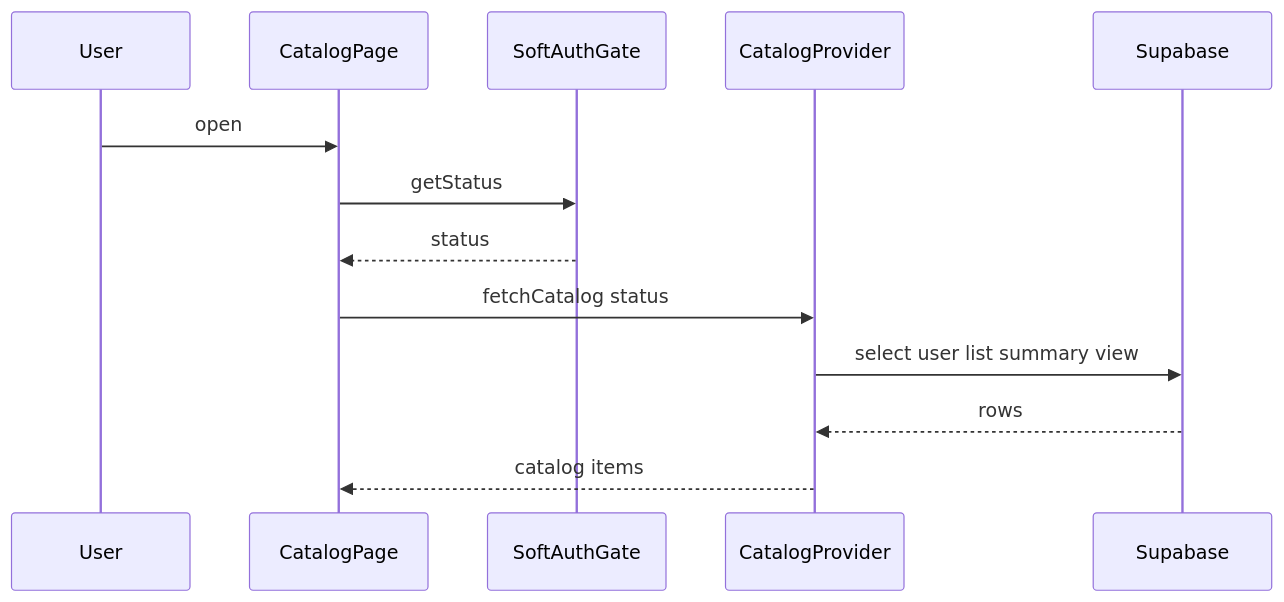
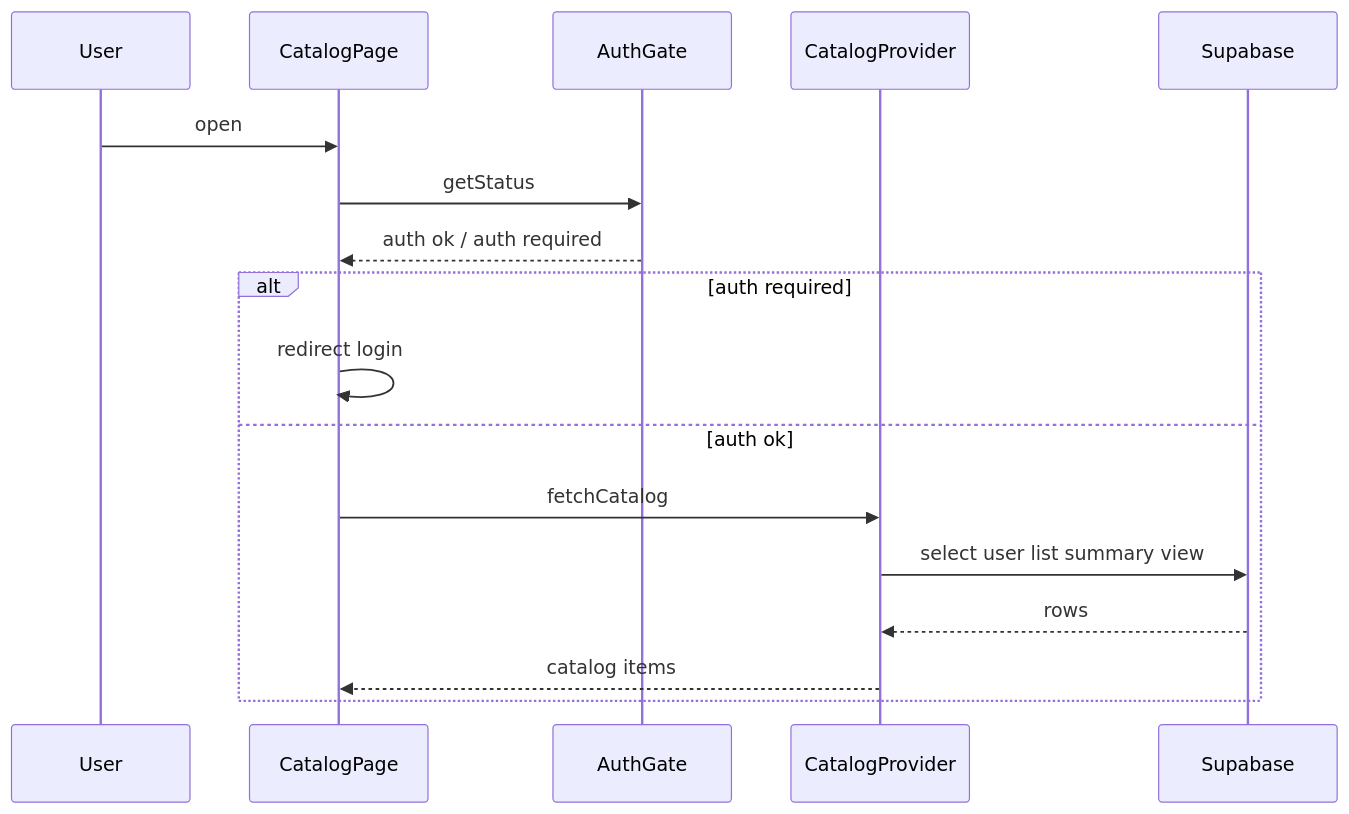
One commit to arinko39140/mangadouga changed the second of 4 diagrams in .kiro/specs/oshi-list-favorites-registered-only/design.md. Above: the diagram before and after it, drawn with Mermaid. The commit also changed other lines of this file and 1 other file, not shown here.

Commit message:
Require login for oshi list catalog

````diff
--- a/.kiro/specs/oshi-list-favorites-registered-only/design.md
+++ b/.kiro/specs/oshi-list-favorites-registered-only/design.md
@@ -108,15 +108,19 @@
 ```mermaid
 sequenceDiagram
   participant User
   participant CatalogPage
-  participant SoftAuthGate
+  participant AuthGate
   participant CatalogProvider
   participant Supabase
   User ->> CatalogPage: open
-  CatalogPage ->> SoftAuthGate: getStatus
-  SoftAuthGate -->> CatalogPage: status
-  CatalogPage ->> CatalogProvider: fetchCatalog status
-  CatalogProvider ->> Supabase: select user list summary view
-  Supabase -->> CatalogProvider: rows
-  CatalogProvider -->> CatalogPage: catalog items
+  CatalogPage ->> AuthGate: getStatus
+  AuthGate -->> CatalogPage: auth ok / auth required
+  alt auth required
+    CatalogPage ->> CatalogPage: redirect login
+  else auth ok
+    CatalogPage ->> CatalogProvider: fetchCatalog
+    CatalogProvider ->> Supabase: select user list summary view
+    Supabase -->> CatalogProvider: rows
+    CatalogProvider -->> CatalogPage: catalog items
+  end
 ```
````
